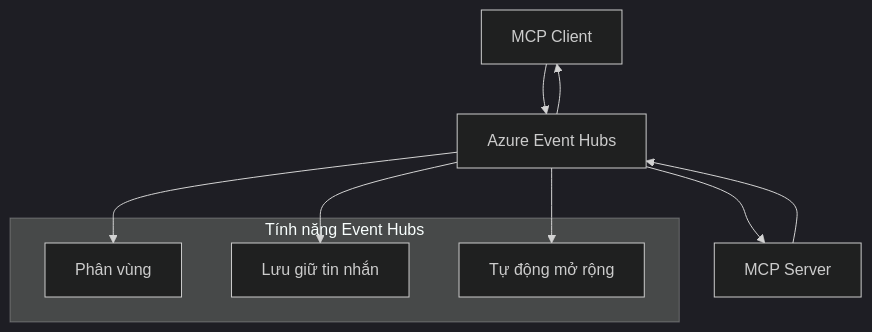
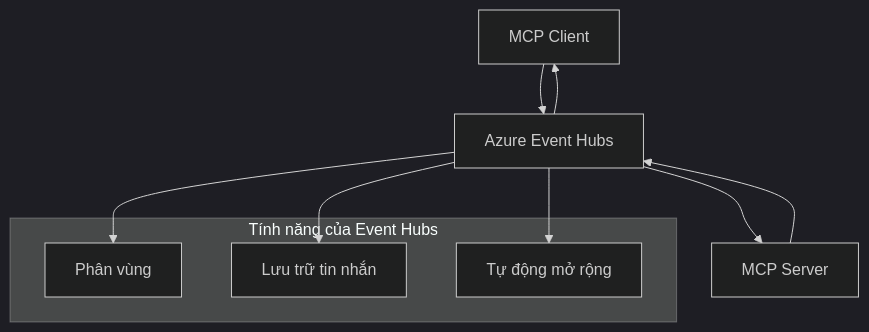
Before and after one commit to HIDORAKAI002/ai-workspace-archive: the second of 2 diagrams in mcp_ecosystem__model_context_protocol/mcp_learning_resources/mcp-for-beginners/translations/vi/05-AdvancedTopics/mcp-transport/README.md, drawn with Mermaid (dark theme). The commit also changed other lines of this file and 1539 other files, not shown here.

````diff
--- a/mcp_ecosystem__model_context_protocol/mcp_learning_resources/mcp-for-beginners/translations/vi/05-AdvancedTopics/mcp-transport/README.md
+++ b/mcp_ecosystem__model_context_protocol/mcp_learning_resources/mcp-for-beginners/translations/vi/05-AdvancedTopics/mcp-transport/README.md
@@ -269,17 +270,17 @@
 ```mermaid
 graph TB
     Client[MCP Client] --> EH[Azure Event Hubs]
     EH --> Server[MCP Server]
     Server --> EH
     EH --> Client
     
-    subgraph "Tính năng Event Hubs"
+    subgraph "Tính năng của Event Hubs"
         Partition[Phân vùng]
-        Retention[Lưu giữ tin nhắn]
+        Retention[Lưu trữ tin nhắn]
         Scaling[Tự động mở rộng]
     end
     
     EH --> Partition
     EH --> Retention
     EH --> Scaling
 ```
````
